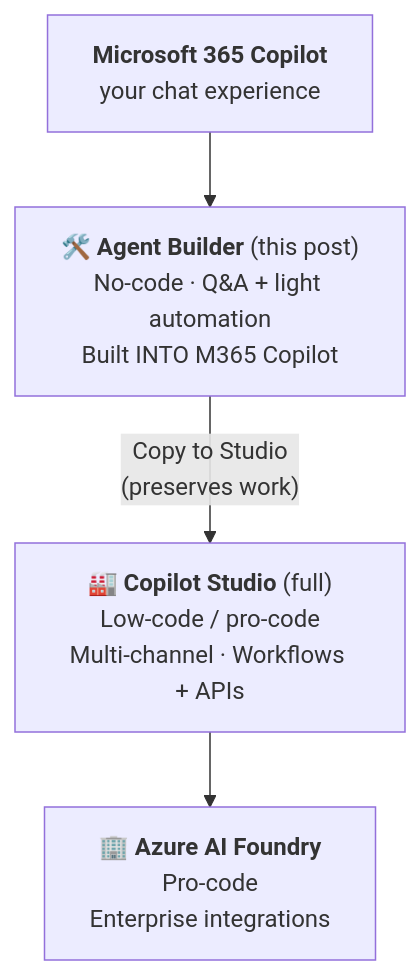
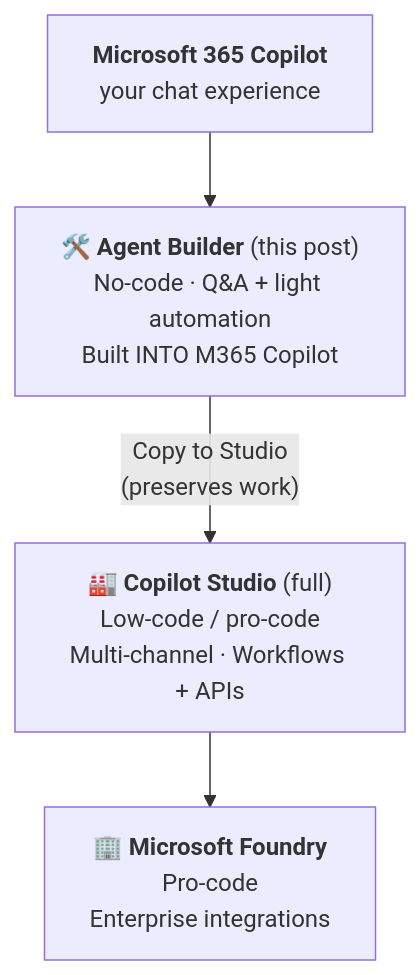
One commit to susanthgit/aguidetocloud-revamp changed the second of 2 diagrams in content/blog/m365-agent-builder-explained.md. Above: the diagram before and after it, drawn with Mermaid. The commit also changed other lines of this file, not shown here.

Commit message:
Refresh Agent Builder field guide: Foundry rename consistency, source-priority nuance, org-catalog wording, scheduled-prompt licensing reconcile, gov-cloud + MCP Apps currency, date

````diff
--- a/content/blog/m365-agent-builder-explained.md
+++ b/content/blog/m365-agent-builder-explained.md
@@ -841,10 +841,10 @@
 ```mermaid
 flowchart TB
     M365C["<b>Microsoft 365 Copilot</b><br/>your chat experience"]
     AB["🛠️ <b>Agent Builder</b> (this post)<br/>No-code · Q&A + light automation<br/>Built INTO M365 Copilot"]
     CS["🏭 <b>Copilot Studio</b> (full)<br/>Low-code / pro-code<br/>Multi-channel · Workflows + APIs"]
-    F["🏢 <b>Azure AI Foundry</b><br/>Pro-code<br/>Enterprise integrations"]
+    F["🏢 <b>Microsoft Foundry</b><br/>Pro-code<br/>Enterprise integrations"]
     M365C --> AB
     AB -->|"Copy to Studio<br/>(preserves work)"| CS
     CS --> F
 ```
````
